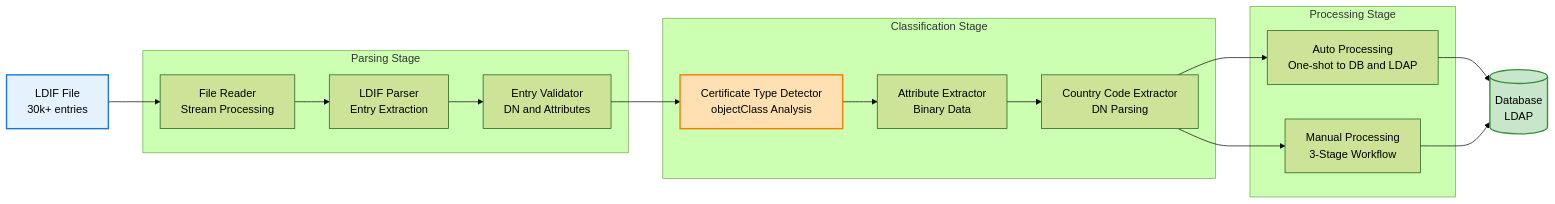
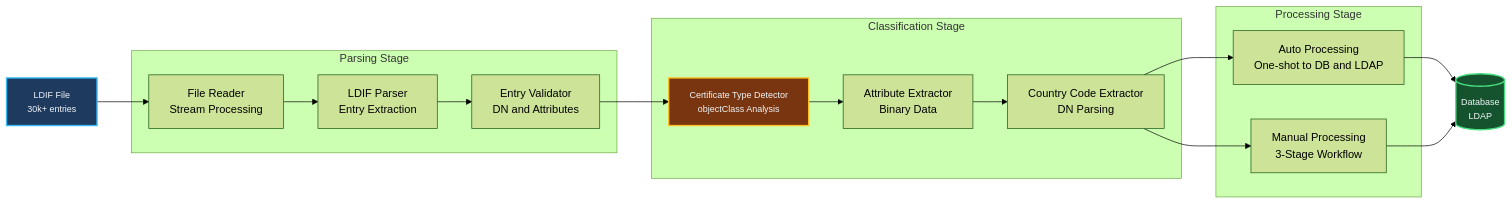
One commit to iland112/icao-local-pkd-cpp changed the tenth of 17 diagrams in docs/ARCHITECTURE.md. Above: the diagram before and after it, drawn with Mermaid (forest theme). The commit also changed other lines of this file and 27 other files, not shown here.

````diff
--- a/docs/ARCHITECTURE.md
+++ b/docs/ARCHITECTURE.md
@@ -965,34 +1143,34 @@
 ```mermaid
 graph LR
     Input[LDIF File<br/>30k+ entries]
 
     subgraph "Parsing Stage"
         Read[File Reader<br/>Stream Processing]
         Parse[LDIF Parser<br/>Entry Extraction]
         Validate[Entry Validator<br/>DN and Attributes]
     end
 
     subgraph "Classification Stage"
         Detect[Certificate Type Detector<br/>objectClass Analysis]
         Extract[Attribute Extractor<br/>Binary Data]
         Country[Country Code Extractor<br/>DN Parsing]
     end
 
     subgraph "Processing Stage"
         AutoProc[Auto Processing<br/>One-shot to DB and LDAP]
         ManualProc[Manual Processing<br/>3-Stage Workflow]
     end
 
     Output[(Database<br/>LDAP)]
 
     Input --> Read --> Parse --> Validate
     Validate --> Detect --> Extract --> Country
     Country --> AutoProc
     Country --> ManualProc
     AutoProc --> Output
     ManualProc --> Output
 
-    style Input fill:#E3F2FD,stroke:#1976D2,stroke-width:2px
-    style Detect fill:#FFE0B2,stroke:#F57C00,stroke-width:2px
-    style Output fill:#C8E6C9,stroke:#388E3C,stroke-width:2px
+    style Input fill:#1e3a5f,stroke:#38bdf8,stroke-width:2px,color:#f1f5f9,font-size:13px
+    style Detect fill:#78350f,stroke:#fbbf24,stroke-width:2px,color:#f1f5f9,font-size:13px
+    style Output fill:#14532d,stroke:#4ade80,stroke-width:2px,color:#f1f5f9,font-size:13px
 ```
````
